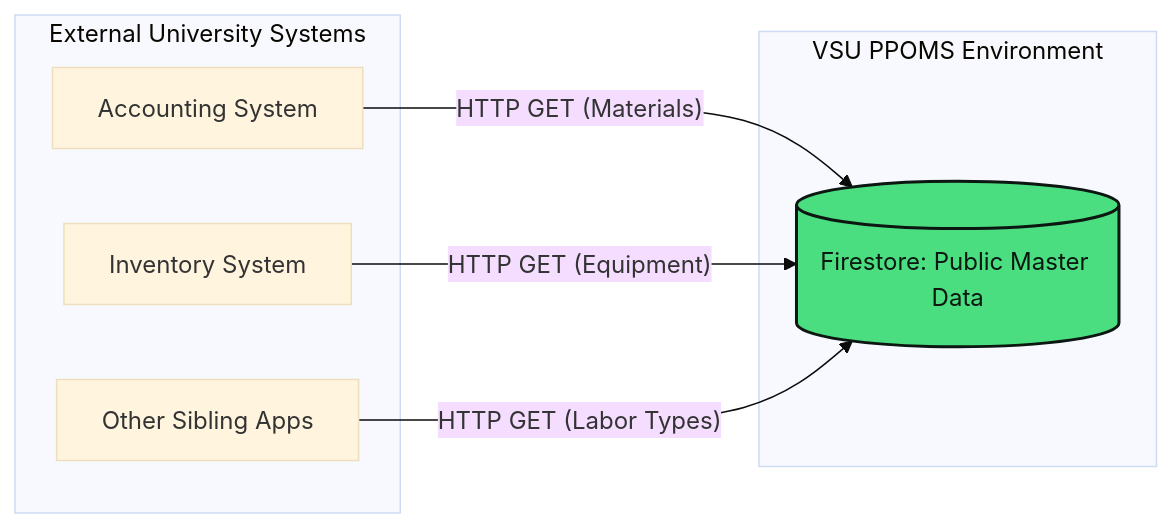
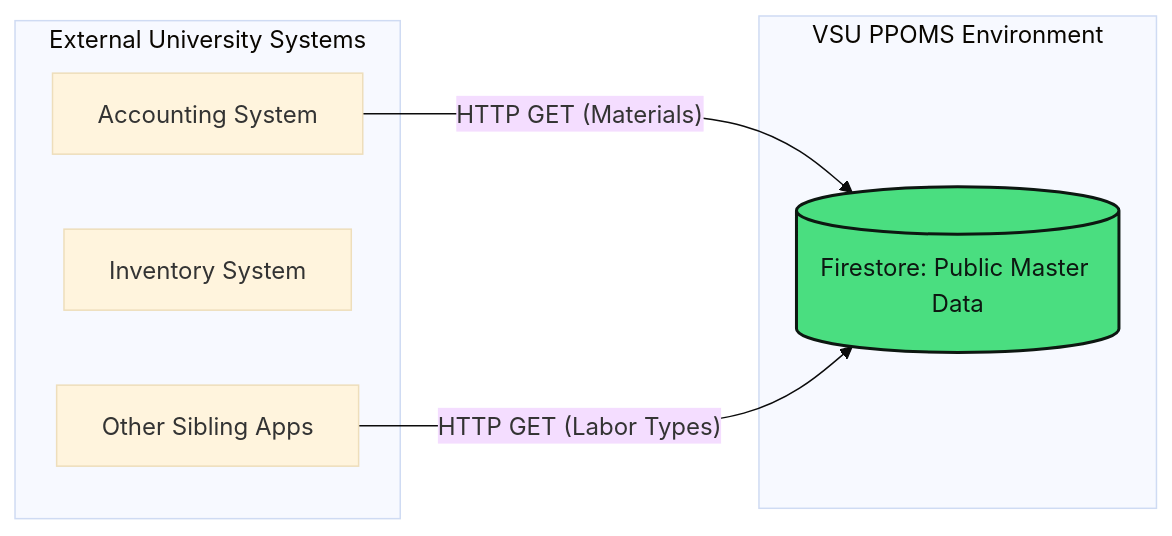
One commit to knsmnth/PPCMS-WEB changed the third of 3 diagrams in README.md. Above: the diagram before and after it, drawn with Mermaid (base theme). The commit also changed other lines of this file and 15 other files, not shown here.

````diff
--- a/README.md
+++ b/README.md
@@ -143,18 +157,17 @@
 ```mermaid
 graph LR
     subgraph VSU PPOMS Environment
     MD[(Firestore: Public Master Data)]
     end
     
     subgraph External University Systems
     AS[Accounting System]
     IS[Inventory System]
     SIS[Other Sibling Apps]
     end
 
     AS -- "HTTP GET (Materials)" --> MD
-    IS -- "HTTP GET (Equipment)" --> MD
     SIS -- "HTTP GET (Labor Types)" --> MD
     
     style MD fill:#4ade80,stroke:#0d1711,stroke-width:2px,color:#0d1711
 ```
````
